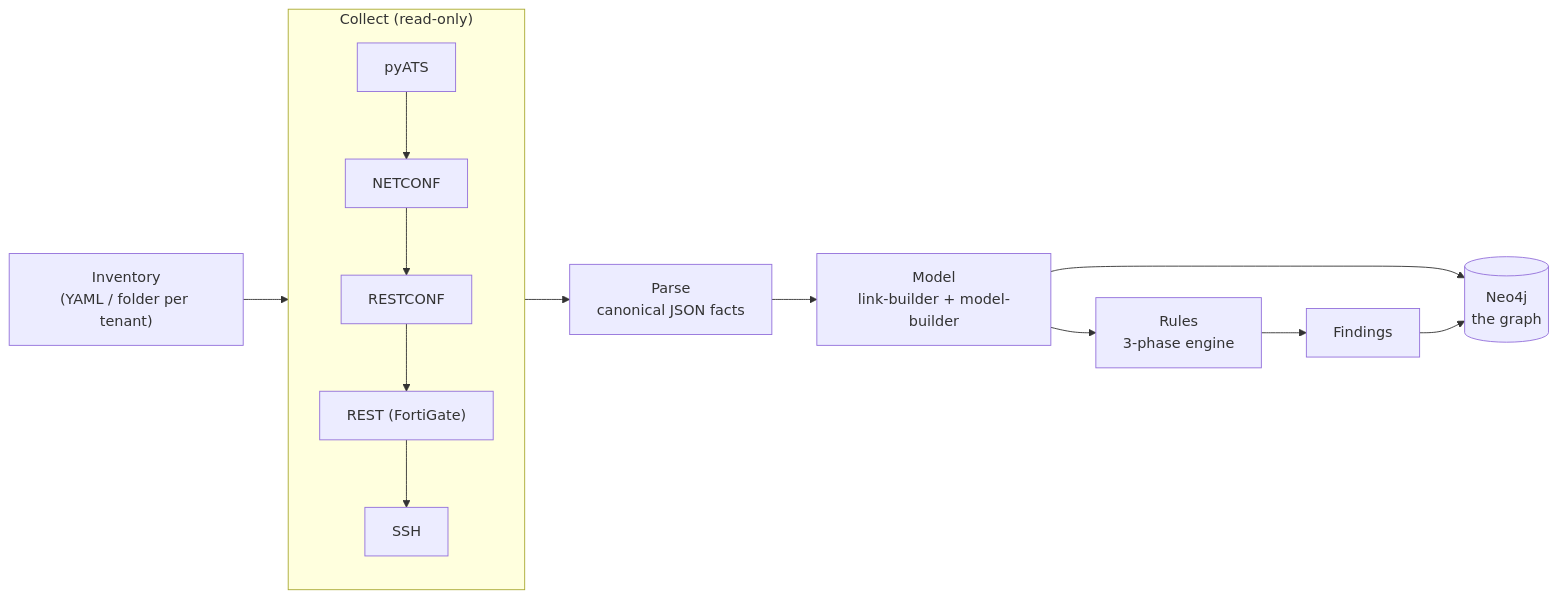
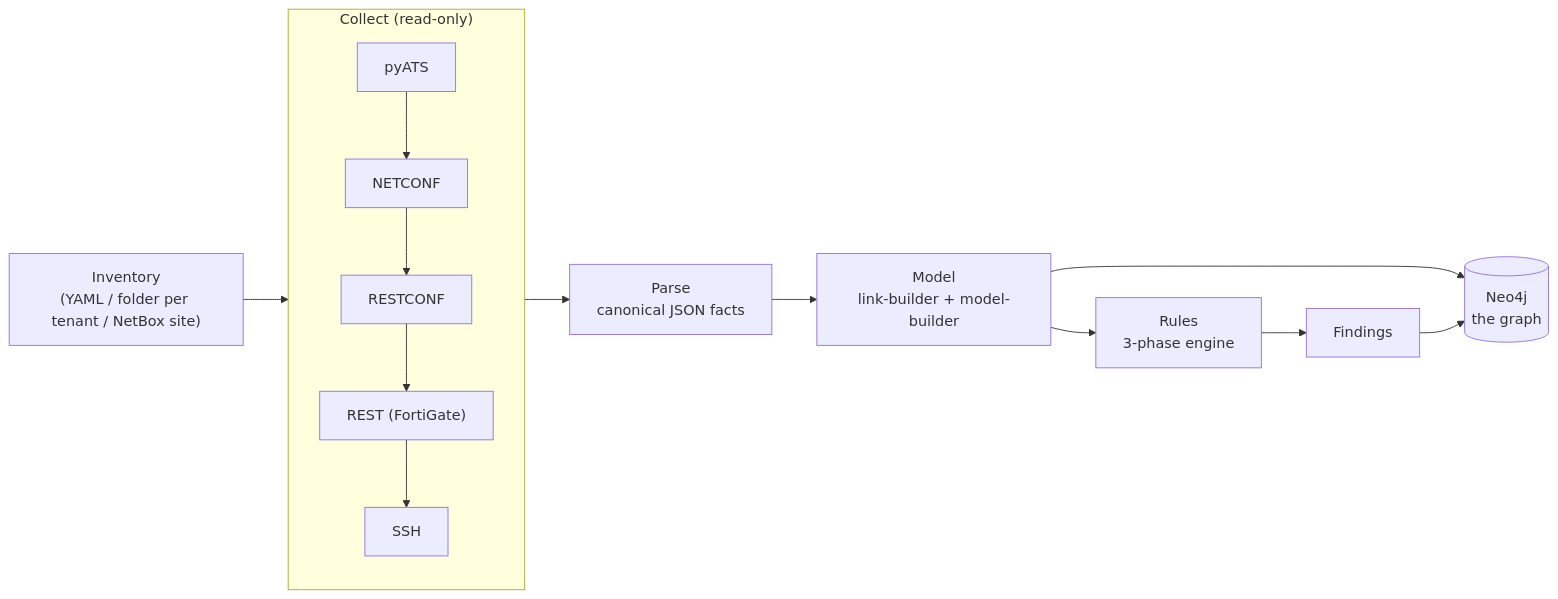
The first of 4 diagrams in docs/architecture/README.md (netcopilot-labs/netcopilot), drawn with Mermaid before and after one commit. The commit also changed other lines of this file and 2 other files, not shown here.

Commit message:
docs(inventory): NetBox as inventory source — README, inventory guide, architecture (s15-5)
Documents the netbox://<site> URI, the dashboard 'NetBox: <site>'
dropdown entries, the per-device requirements (active + primary IPv4 +
recognized platform slug), per-chassis -> logical folding for stacks/HA,
and the config-context 'netcopilot' convention (env-var REFERENCES only
— secrets never live in NetBox). YAML inventories stay first-class.

End-to-end validated live before this commit: demo NetBox healed via
approve_bulk (16 candidates, 0 failed), NetBox-sourced dry-run device
list == YAML inventory field-for-field (8/8), and a full NetBox-sourced
collection against the live containerlab demo (netcopilot run
--inventory netbox://demo) loaded 8 devices / 71 interfaces / 16 links /
297 findings — with the FortiGate token flowing through the documented
config-context reference. NAT'd-management labs exercise the documented
manual primary-IP path (the collection address appears on no collected
interface — bootstrap warns and never invents the assignment).

````diff
--- a/docs/architecture/README.md
+++ b/docs/architecture/README.md
@@ -35,14 +35,14 @@
 ```mermaid
 flowchart LR
-  INV["Inventory<br/>(YAML / folder per tenant)"] --> COL
+  INV["Inventory<br/>(YAML / folder per tenant / NetBox site)"] --> COL
   subgraph COL["Collect (read-only)"]
     direction TB
     C1["pyATS"] --> C2["NETCONF"] --> C3["RESTCONF"] --> C4["REST (FortiGate)"] --> C5["SSH"]
   end
   COL --> PAR["Parse<br/>canonical JSON facts"]
   PAR --> MOD["Model<br/>link-builder + model-builder"]
   MOD --> RUL["Rules<br/>3-phase engine"]
   RUL --> FND["Findings"]
   MOD --> NEO[("Neo4j<br/>the graph")]
   FND --> NEO
 ```
````
